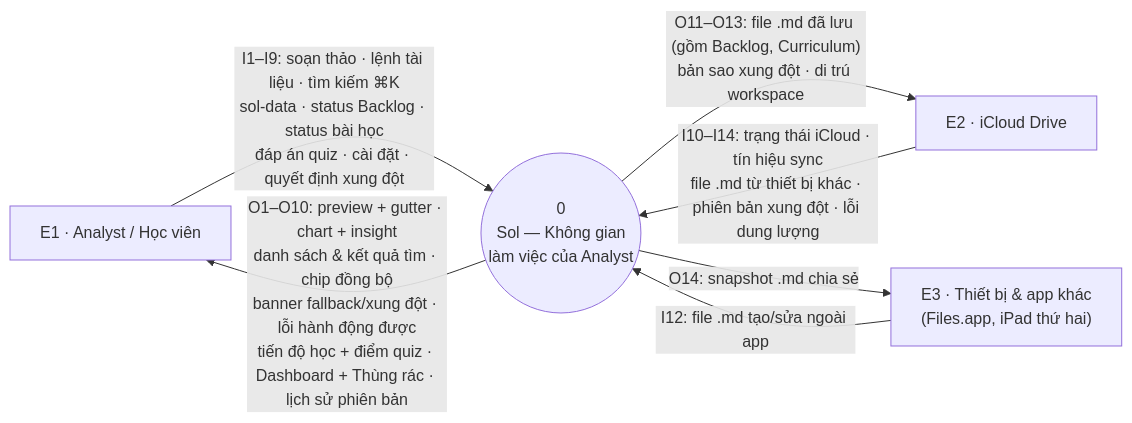
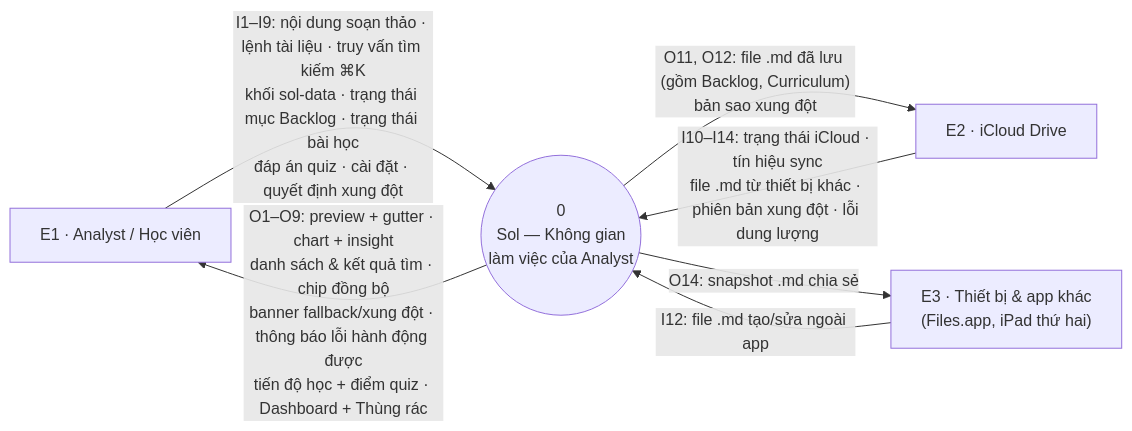
Before and after one commit to businessanalysisio/Sol-iPadOS: the first of 3 diagrams in docs/dfd-sol-ipados.md, drawn with Mermaid. The commit also changed other lines of this file, not shown here.

First line of the commit message:
docs(dfd): áp kết quả thẩm định Bước 5 — DFD đạt, cân bằng cả 3 cấp

````diff
--- a/docs/dfd-sol-ipados.md
+++ b/docs/dfd-sol-ipados.md
@@ -70,14 +78,14 @@
 ```mermaid
 flowchart LR
     E1["E1 · Analyst / Học viên"]
     E2["E2 · iCloud Drive"]
     E3["E3 · Thiết bị & app khác<br/>(Files.app, iPad thứ hai)"]
     P0(("0<br/>Sol — Không gian<br/>làm việc của Analyst"))
 
-    E1 -- "I1–I9: soạn thảo · lệnh tài liệu · tìm kiếm ⌘K<br/>sol-data · status Backlog · status bài học<br/>đáp án quiz · cài đặt · quyết định xung đột" --> P0
-    P0 -- "O1–O10: preview + gutter · chart + insight<br/>danh sách & kết quả tìm · chip đồng bộ<br/>banner fallback/xung đột · lỗi hành động được<br/>tiến độ học + điểm quiz · Dashboard + Thùng rác · lịch sử phiên bản" --> E1
+    E1 -- "I1–I9: nội dung soạn thảo · lệnh tài liệu · truy vấn tìm kiếm ⌘K<br/>khối sol-data · trạng thái mục Backlog · trạng thái bài học<br/>đáp án quiz · cài đặt · quyết định xung đột" --> P0
+    P0 -- "O1–O9: preview + gutter · chart + insight<br/>danh sách & kết quả tìm · chip đồng bộ<br/>banner fallback/xung đột · thông báo lỗi hành động được<br/>tiến độ học + điểm quiz · Dashboard + Thùng rác" --> E1
     E2 -- "I10–I14: trạng thái iCloud · tín hiệu sync<br/>file .md từ thiết bị khác · phiên bản xung đột · lỗi dung lượng" --> P0
-    P0 -- "O11–O13: file .md đã lưu (gồm Backlog, Curriculum)<br/>bản sao xung đột · di trú workspace" --> E2
+    P0 -- "O11, O12: file .md đã lưu (gồm Backlog, Curriculum)<br/>bản sao xung đột" --> E2
     E3 -- "I12: file .md tạo/sửa ngoài app" --> P0
     P0 -- "O14: snapshot .md chia sẻ" --> E3
 ```
````
